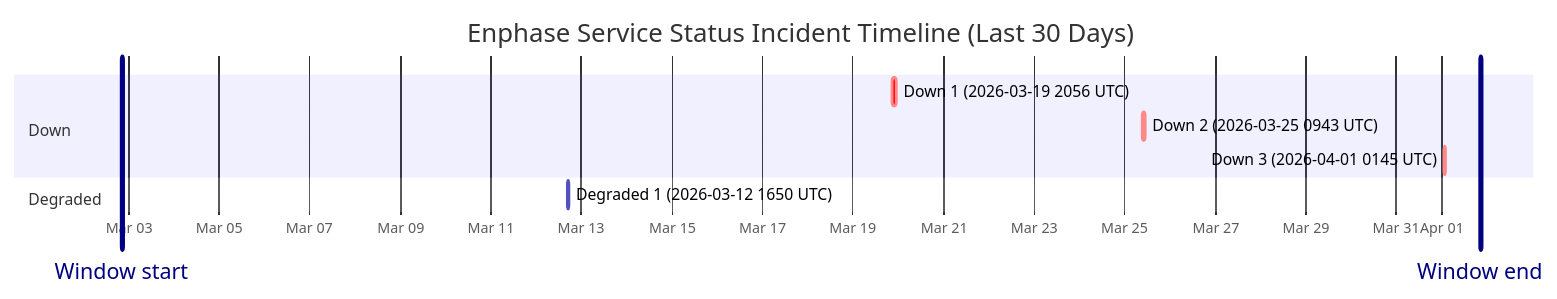
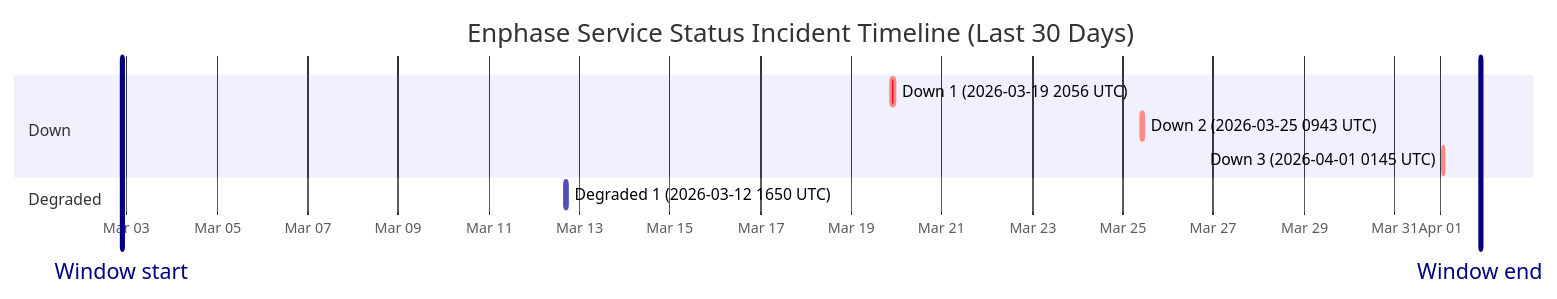
The diagram in wiki/Service-Status-History.md (barneyonline/ha-enphase-ev-charger), drawn with Mermaid before and after one commit. The commit also changed other lines of this file and 3 other files, not shown here.

````diff
--- a/wiki/Service-Status-History.md
+++ b/wiki/Service-Status-History.md
@@ -14,14 +14,14 @@
 ```mermaid
 gantt
     title Enphase Service Status Incident Timeline (Last 30 Days)
     dateFormat  YYYY-MM-DDTHH:mm:ss
     axisFormat  %b %d
-    Window start :vert, window-start, 2026-03-02T20:35:14, 0ms
-    Window end :vert, window-end, 2026-04-01T20:35:14, 0ms
+    Window start :vert, window-start, 2026-03-02T21:33:44, 0ms
+    Window end :vert, window-end, 2026-04-01T21:33:44, 0ms
     section Down
     Down 1 (2026-03-19 2056 UTC) :crit, down-1, 2026-03-19T20:56:20, 145m
     Down 2 (2026-03-25 0943 UTC) :crit, down-2, 2026-03-25T09:43:28, 111m
     Down 3 (2026-04-01 0145 UTC) :crit, down-3, 2026-04-01T01:45:09, 60m
     section Degraded
     Degraded 1 (2026-03-12 1650 UTC) :active, degraded-1, 2026-03-12T16:50:43, 60m
 ```
````
